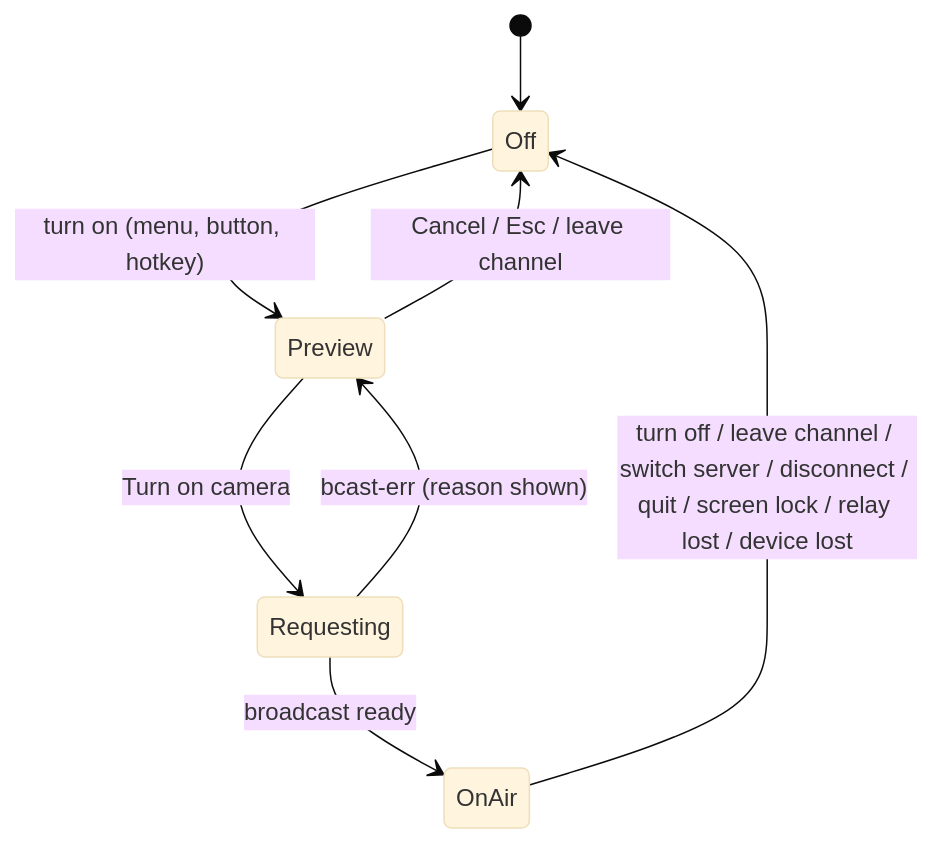
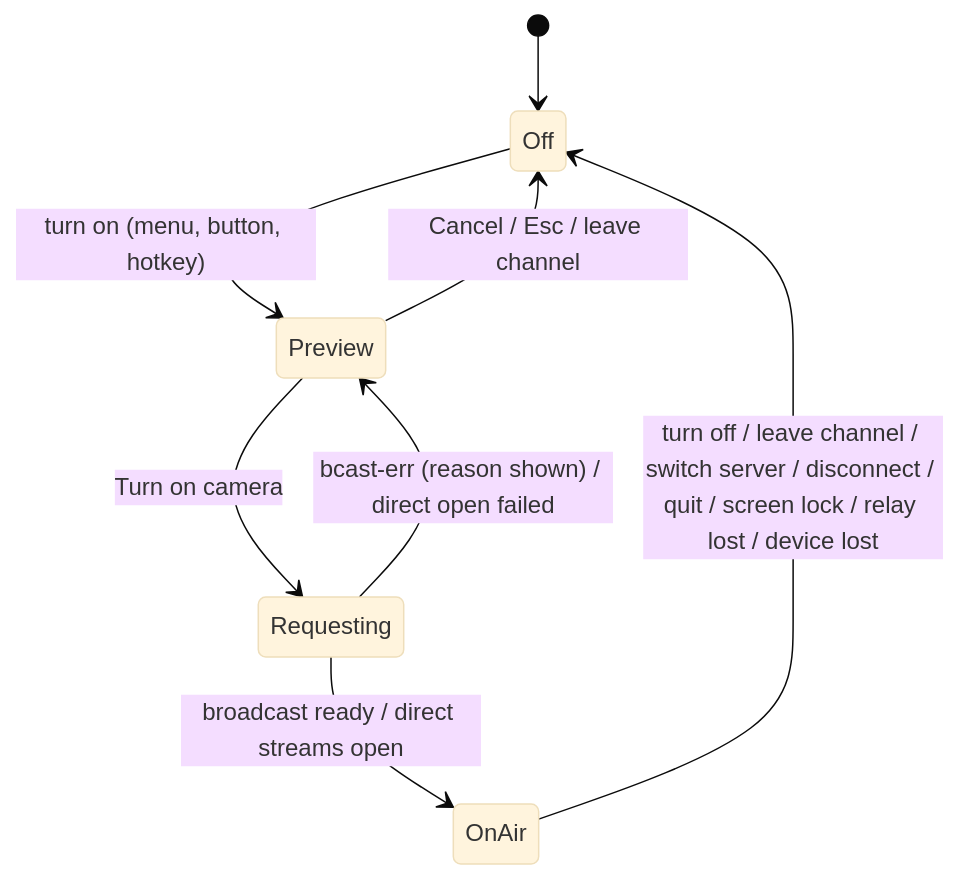
Before and after one commit to Mumcord/mumcord: the third of 4 diagrams in specs/08-camera-sharing-specification.md, drawn with Mermaid (base theme). The commit also changed other lines of this file and 2 other files, not shown here.

````diff
--- a/specs/08-camera-sharing-specification.md
+++ b/specs/08-camera-sharing-specification.md
@@ -387,10 +420,10 @@
 ```mermaid
 stateDiagram-v2
     [*] --> Off
     Off --> Preview: turn on (menu, button, hotkey)
     Preview --> Off: Cancel / Esc / leave channel
     Preview --> Requesting: Turn on camera
-    Requesting --> Preview: bcast-err (reason shown)
-    Requesting --> OnAir: broadcast ready
+    Requesting --> Preview: bcast-err (reason shown) / direct open failed
+    Requesting --> OnAir: broadcast ready / direct streams open
     OnAir --> Off: turn off / leave channel / switch server / disconnect / quit / screen lock / relay lost / device lost
 ```
````
